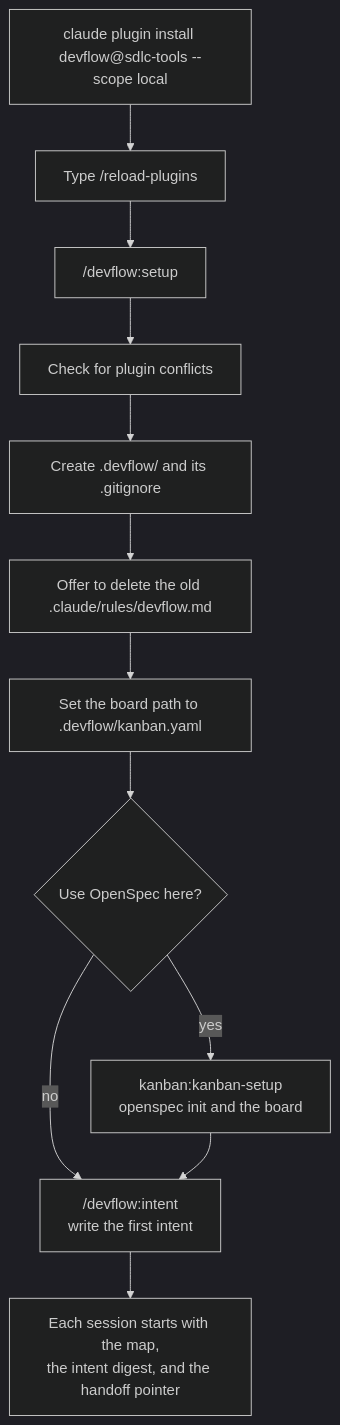
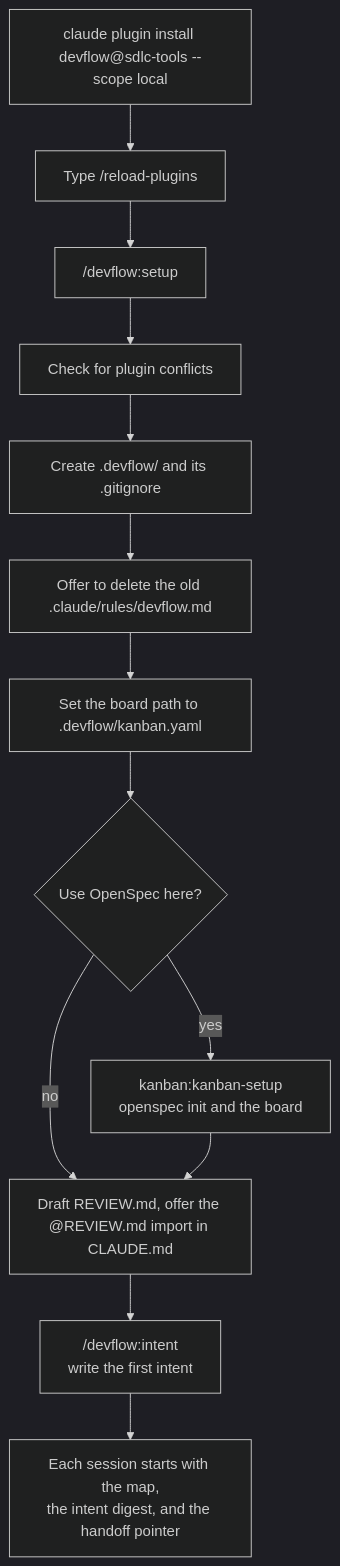
The second of 11 diagrams in devflow/README.md (sdevikar/sdlc-tools), drawn with Mermaid (dark theme) before and after one commit. The commit also changed other lines of this file and 1 other file, not shown here.

Commit message:
feat(devflow): draft REVIEW.md at setup

````diff
--- a/devflow/README.md
+++ b/devflow/README.md
@@ -54,14 +54,15 @@
 ```mermaid
 flowchart TD
     A["claude plugin install devflow@sdlc-tools --scope local"] --> B["Type /reload-plugins"]
     B --> C["/devflow:setup"]
     C --> C1["Check for plugin conflicts"]
     C1 --> C2["Create .devflow/ and its .gitignore"]
     C2 --> C3["Offer to delete the old .claude/rules/devflow.md"]
     C3 --> C4["Set the board path to .devflow/kanban.yaml"]
     C4 --> Q{"Use OpenSpec here?"}
     Q -- yes --> K["kanban:kanban-setup<br/>openspec init and the board"]
-    Q -- no --> D
-    K --> D["/devflow:intent<br/>write the first intent"]
+    Q -- no --> R
+    K --> R["Draft REVIEW.md, offer the @REVIEW.md import in CLAUDE.md"]
+    R --> D["/devflow:intent<br/>write the first intent"]
     D --> E["Each session starts with the map,<br/>the intent digest, and the handoff pointer"]
 ```
````
